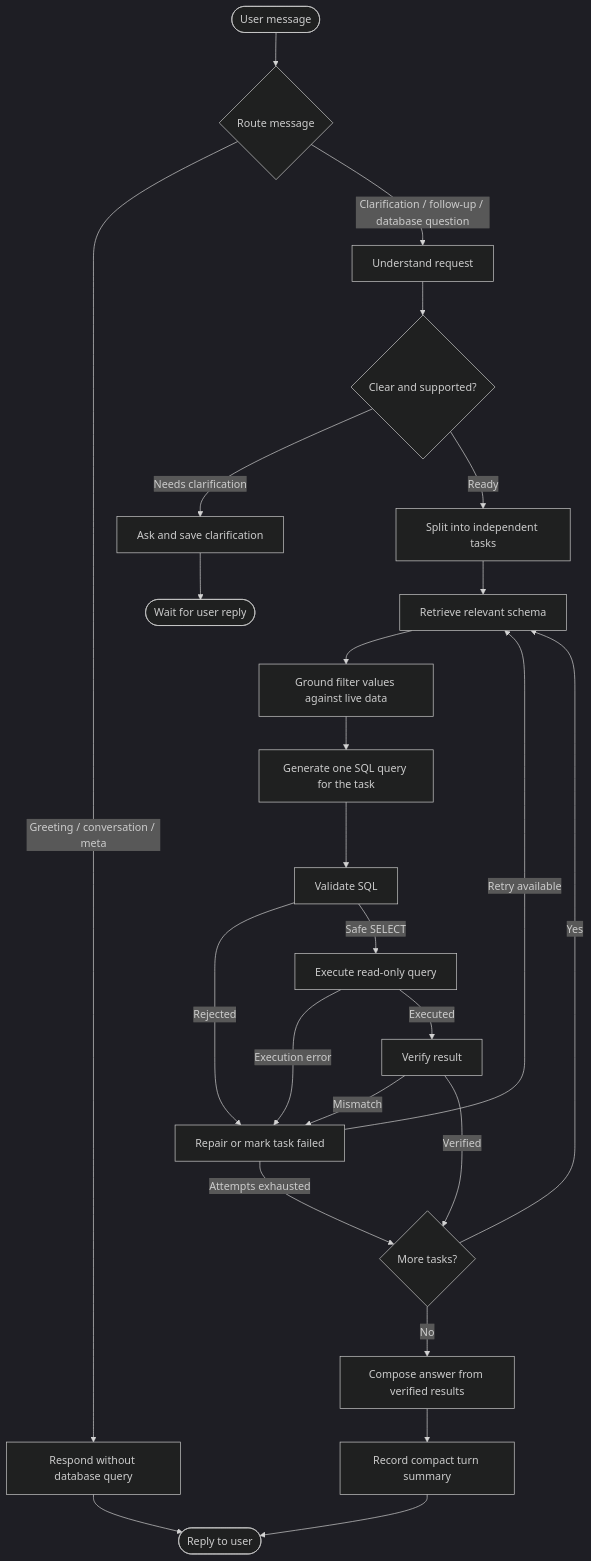
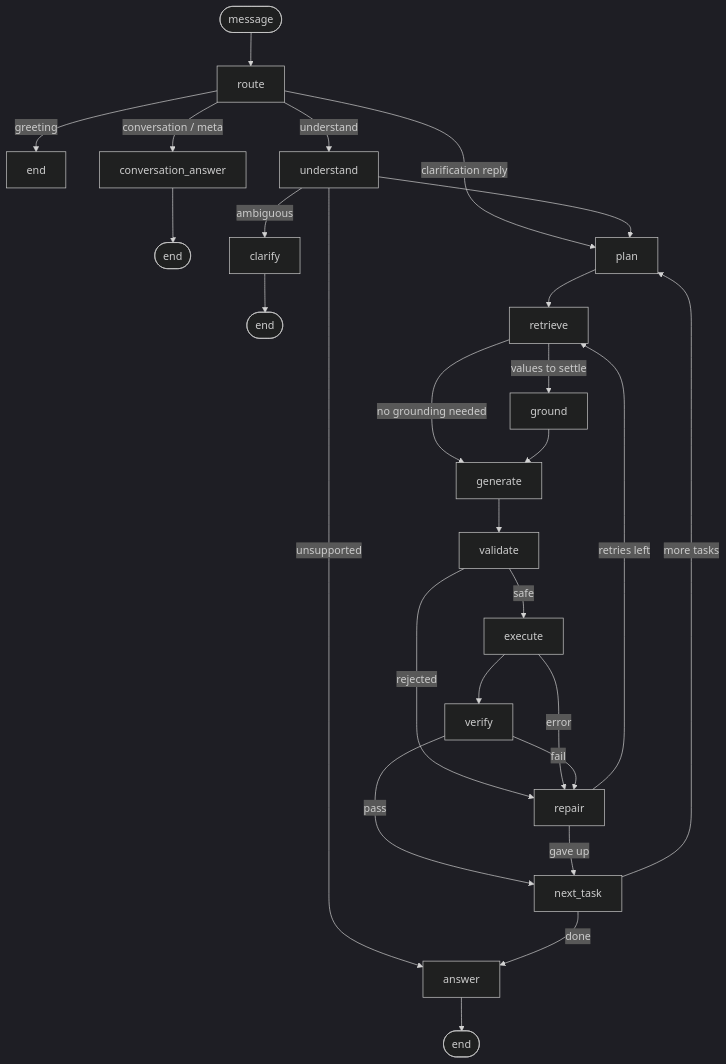
Before and after one commit to mahmoudalrefaey/chinhook: the first of 2 diagrams in README.md, drawn with Mermaid (dark theme).

Commit message:
Enhance Architecture design

````diff
--- a/README.md
+++ b/README.md
@@ -69,27 +69,26 @@
 ```mermaid
 flowchart TD
-    A([User message]) --> B{Route message}
-    B -->|Greeting / conversation / meta| C[Respond without database query]
-    B -->|Clarification / follow-up / database question| D[Understand request]
-    D --> E{Clear and supported?}
-    E -->|Needs clarification| F[Ask and save clarification]
-    E -->|Ready| G[Split into independent tasks]
-    G --> H[Retrieve relevant schema]
-    H --> I[Ground filter values against live data]
-    I --> J[Generate one SQL query for the task]
-    J --> K[Validate SQL]
-    K -->|Rejected| N[Repair or mark task failed]
-    K -->|Safe SELECT| L[Execute read-only query]
-    L -->|Execution error| N
-    L -->|Executed| M[Verify result]
-    M -->|Mismatch| N
-    M -->|Verified| O{More tasks?}
-    N -->|Retry available| H
-    N -->|Attempts exhausted| O
-    O -->|Yes| H
-    O -->|No| P[Compose answer from verified results]
-    P --> Q[Record compact turn summary]
-    Q --> R([Reply to user])
-    F --> S([Wait for user reply])
-    C --> R
+    START([message]) --> route
+    route -->|greeting| greeting[end]
+    route -->|conversation / meta| conv[conversation_answer] --> END2([end])
+    route -->|clarification reply| plan
+    route -->|understand| understand
+    understand -->|ambiguous| clarify[clarify] --> END3([end])
+    understand -->|unsupported| answer
+    understand --> plan
+    plan --> retrieve
+    retrieve -->|no grounding needed| generate
+    retrieve -->|values to settle| ground
+    ground --> generate
+    generate --> validate
+    validate -->|rejected| repair
+    validate -->|safe| execute
+    execute -->|error| repair
+    execute --> verify
+    verify -->|pass| next_task[next_task]
+    verify -->|fail| repair
+    repair -->|retries left| retrieve
+    repair -->|gave up| next_task
+    next_task -->|more tasks| plan
+    next_task -->|done| answer[answer] --> END4([end])
 ```
````
